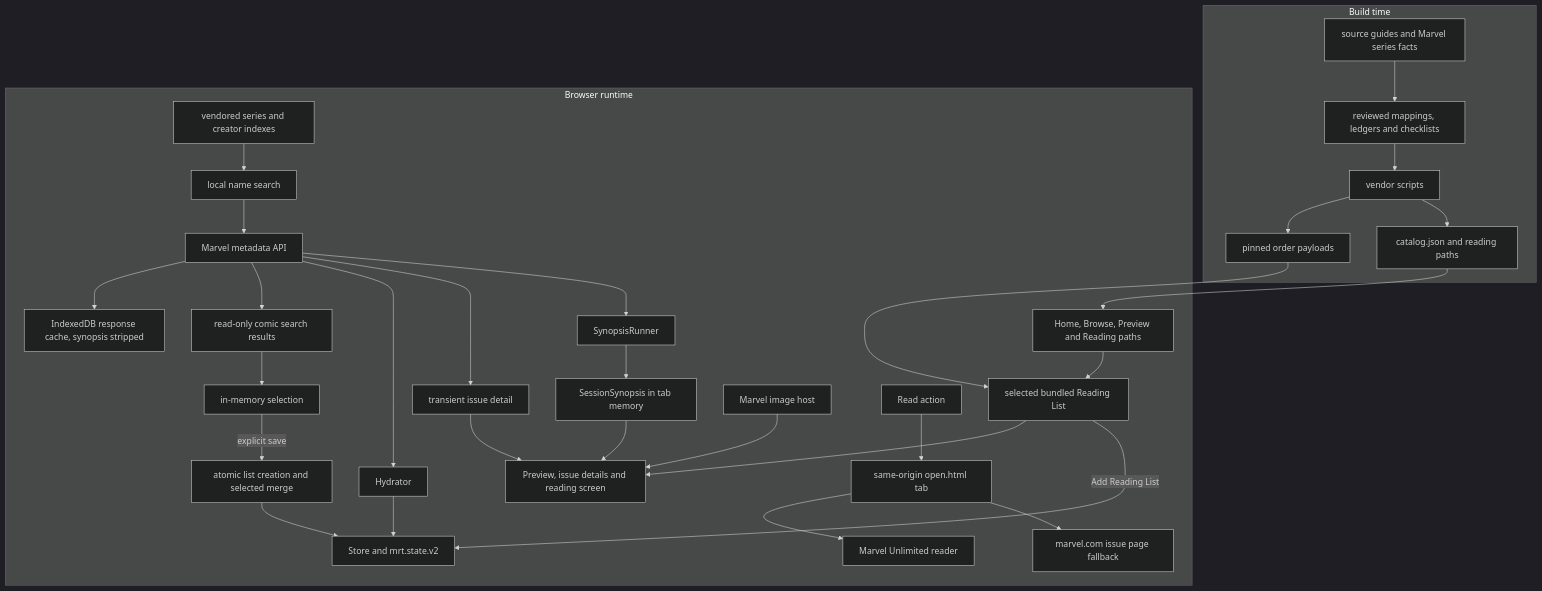
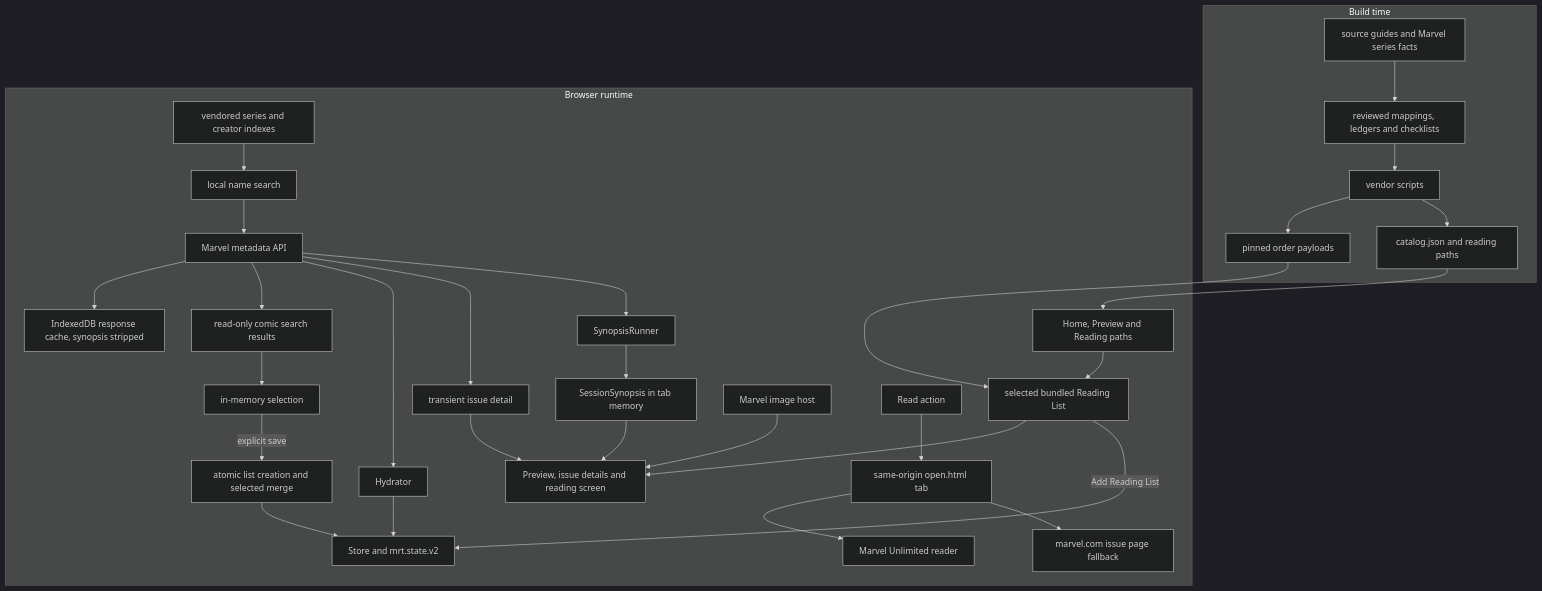
One commit to raymond-nassar/recap-page changed the third of 6 diagrams in docs/ARCHITECTURE.md. Above: the diagram before and after it, drawn with Mermaid (dark theme). The commit also changed other lines of this file and 57 other files, not shown here.

````diff
--- a/docs/ARCHITECTURE.md
+++ b/docs/ARCHITECTURE.md
@@ -153,38 +153,38 @@
 ```mermaid
 flowchart TD
   subgraph build["Build time"]
     sources["source guides and Marvel series facts"] --> evidence["reviewed mappings, ledgers and checklists"]
     evidence --> vendor["vendor scripts"]
     vendor --> payloads["pinned order payloads"]
     vendor --> catalog["catalog.json and reading paths"]
   end
 
   subgraph browser["Browser runtime"]
-    catalog --> browse["Home, Browse, Preview and Reading paths"]
+    catalog --> browse["Home, Preview and Reading paths"]
     payloads --> preview["selected bundled Reading List"]
     browse --> preview
     preview --> screen["Preview, issue details and reading screen"]
     preview -->|"Add Reading List"| store["Store and mrt.state.v2"]
 
     indexes["vendored series and creator indexes"] --> add["local name search"]
     add --> api["Marvel metadata API"]
     api --> responseCache["IndexedDB response cache, synopsis stripped"]
     api --> comicResults["read-only comic search results"]
     comicResults --> selected["in-memory selection"]
     selected -->|"explicit save"| addWriter["atomic list creation and selected merge"]
     addWriter --> store
     api --> hydrator["Hydrator"]
     hydrator --> store
     api --> details["transient issue detail"]
     details --> screen
 
     api --> synopsisRunner["SynopsisRunner"]
     synopsisRunner --> memory["SessionSynopsis in tab memory"]
     memory --> screen
 
     covers["Marvel image host"] --> screen
     read["Read action"] --> launch["same-origin open.html tab"]
     launch --> reader["Marvel Unlimited reader"]
     launch --> issuePage["marvel.com issue page fallback"]
   end
 ```
````
